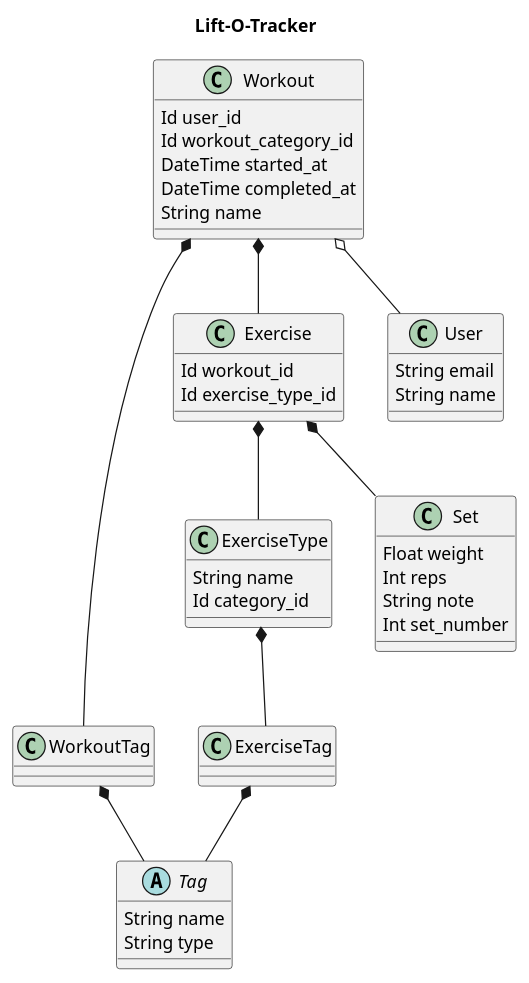
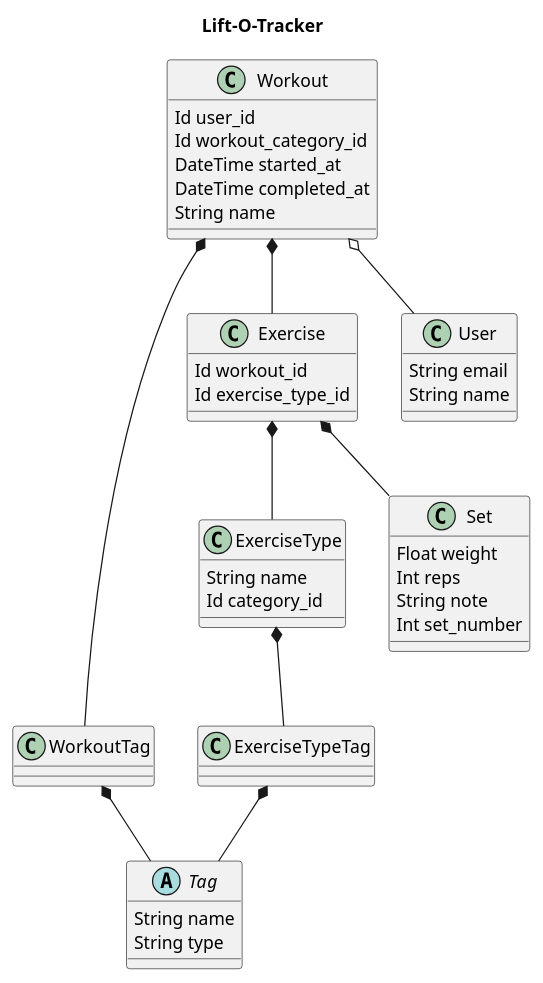
Before and after one commit to AnthonyRobertson17/arob: the diagram in docs/model_architecture.PLANTUML, drawn with PlantUML. The commit also changed 18 other files, not shown here.

```diff
--- a/docs/model_architecture.PLANTUML
+++ b/docs/model_architecture.PLANTUML
@@ -1,55 +1,55 @@
 @startuml Lift-O-Tracker
 
 title Lift-O-Tracker
 
 class ExerciseType {
   String name
   Id category_id
 }
 
 abstract class Tag {
   String name
   String type
 }
 
-class ExerciseTag {
+class ExerciseTypeTag {
 }
 
 class WorkoutTag {
 }
 
 class Workout {
   Id user_id
   Id workout_category_id
   DateTime started_at
   DateTime completed_at
   String name
 }
 
 class Exercise {
   Id workout_id
   Id exercise_type_id
 }
 
 class Set {
   Float weight
   Int reps
   String note
   Int set_number
 }
 
 class User {
   String email
   String name
 }
 
 Workout o-- User
 Exercise *-- Set
 Workout *-- Exercise
 Exercise *-- ExerciseType
-ExerciseType *-- ExerciseTag
+ExerciseType *-- ExerciseTypeTag
 Workout *-- WorkoutTag
-ExerciseTag *-- Tag
+ExerciseTypeTag *-- Tag
 WorkoutTag *-- Tag
 
 @enduml
```
